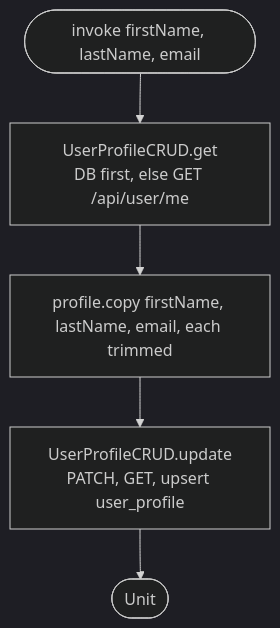
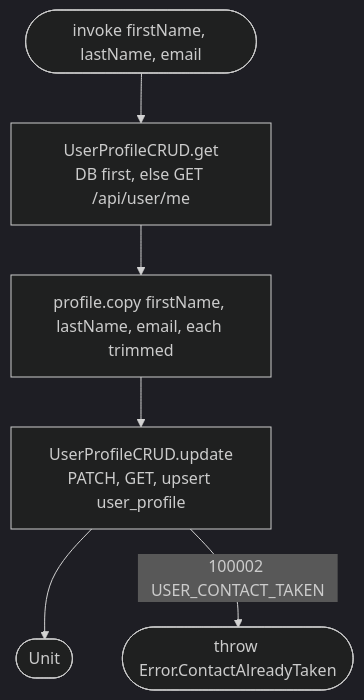
Before and after one commit to nocturneproperties/bookkme-client: the diagram in docs/operations/settings/edit-profile.md, drawn with Mermaid (dark theme). The commit also changed 223 other files, not shown here.

````diff
--- a/docs/operations/settings/edit-profile.md
+++ b/docs/operations/settings/edit-profile.md
@@ -10,7 +10,8 @@
 ```mermaid
 flowchart TD
     Start([invoke firstName, lastName, email]) --> Get[UserProfileCRUD.get<br/>DB first, else GET /api/user/me]
     Get --> Copy[profile.copy firstName, lastName, email, each trimmed]
     Copy --> Upd[UserProfileCRUD.update<br/>PATCH, GET, upsert user_profile]
     Upd --> R([Unit])
+    Upd -- 100002 USER_CONTACT_TAKEN --> Taken([throw Error.ContactAlreadyTaken])
 ```
````
